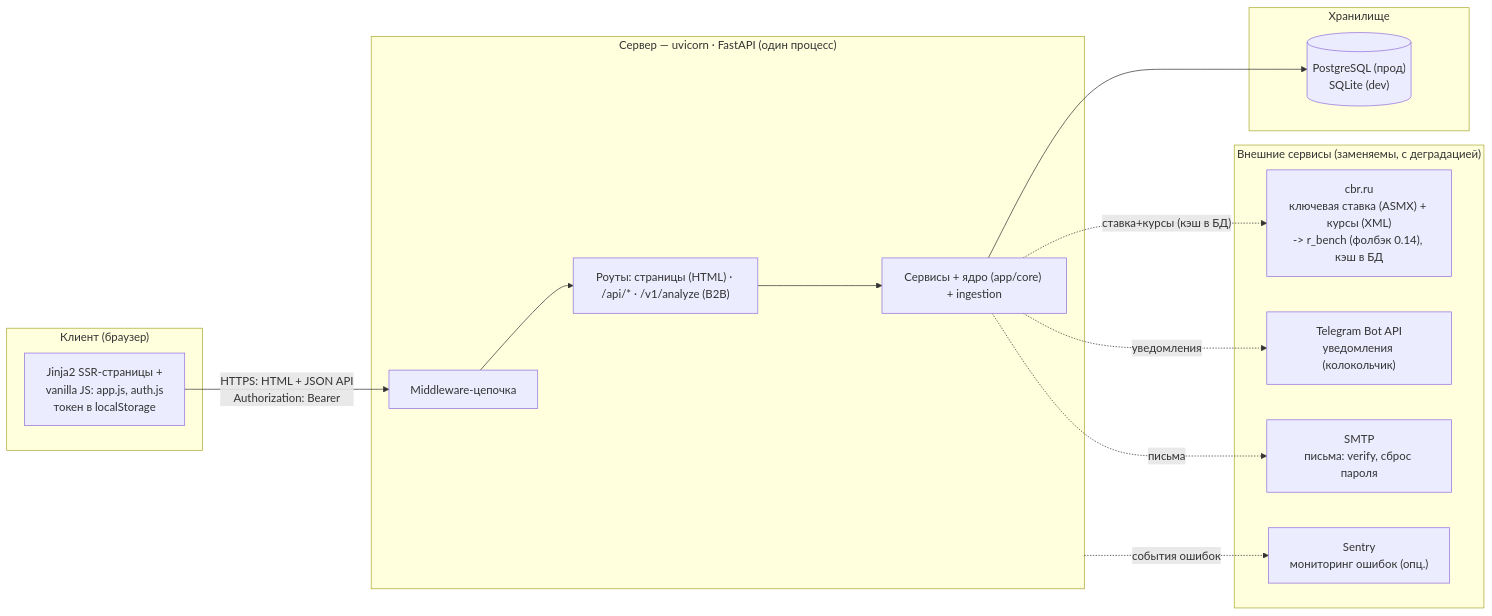
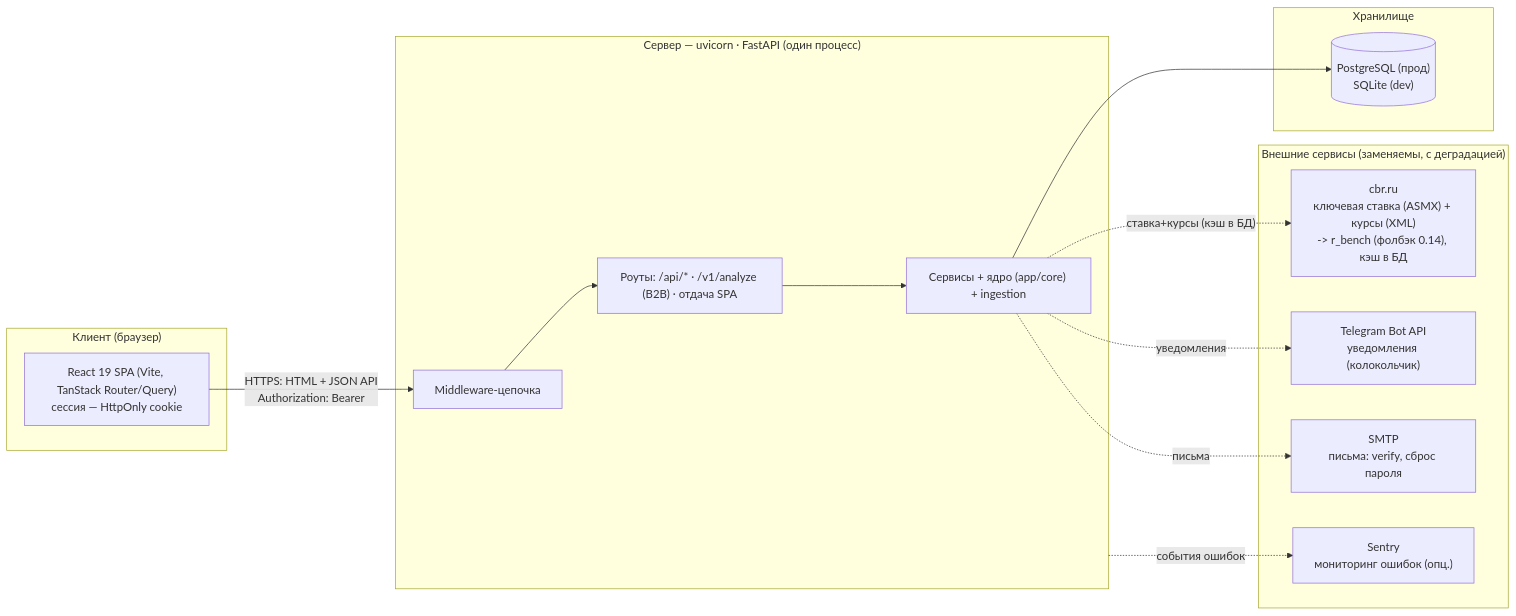
The sixth of 10 diagrams in docs/diagrams.md (vevdokimovm/personal-finance-dss), drawn with Mermaid before and after one commit. The commit also changed other lines of this file and 534 other files, not shown here.

````diff
--- a/docs/diagrams.md
+++ b/docs/diagrams.md
@@ -386,31 +427,31 @@
 ```mermaid
 flowchart LR
     subgraph Client["Клиент (браузер)"]
-        UI["Jinja2 SSR-страницы +<br/>vanilla JS: app.js, auth.js<br/>токен в localStorage"]
+        UI["React 19 SPA (Vite, TanStack Router/Query)<br/>сессия — HttpOnly cookie"]
     end
 
     subgraph Server["Сервер — uvicorn · FastAPI (один процесс)"]
         MW["Middleware-цепочка"]
-        Routes["Роуты: страницы (HTML) · /api/* · /v1/analyze (B2B)"]
+        Routes["Роуты: /api/* · /v1/analyze (B2B) · отдача SPA"]
         Svc["Сервисы + ядро (app/core) + ingestion"]
     end
 
     subgraph Data["Хранилище"]
         DB[("PostgreSQL (прод)<br/>SQLite (dev)")]
     end
 
     subgraph Ext["Внешние сервисы (заменяемы, с деградацией)"]
         CBR["cbr.ru<br/>ключевая ставка (ASMX) + курсы (XML)<br/>-> r_bench (фолбэк 0.14), кэш в БД"]
         TG["Telegram Bot API<br/>уведомления (колокольчик)"]
         SMTP["SMTP<br/>письма: verify, сброс пароля"]
         Sentry["Sentry<br/>мониторинг ошибок (опц.)"]
     end
 
     UI -->|"HTTPS: HTML + JSON API<br/>Authorization: Bearer"| MW
     MW --> Routes --> Svc
     Svc --> DB
     Svc -. "ставка+курсы (кэш в БД)" .-> CBR
     Svc -. "уведомления" .-> TG
     Svc -. "письма" .-> SMTP
     Server -. "события ошибок" .-> Sentry
 ```
````
